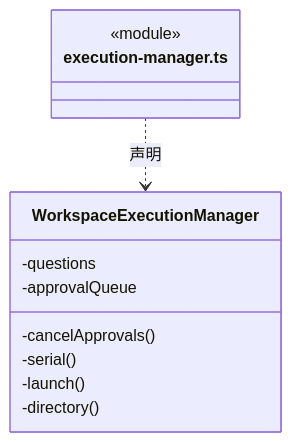
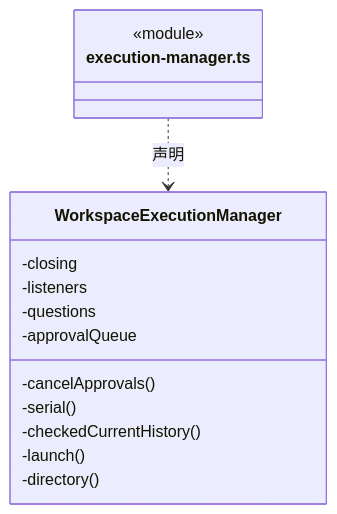
One commit to nan023062/cbim changed the tenth of 36 diagrams in src/backend/scheduler-engine/execution/ARCHITECTURE.md. Above: the diagram before and after it, drawn with Mermaid. The commit also changed other lines of this file and 65 other files, not shown here.

````diff
--- a/src/backend/scheduler-engine/execution/ARCHITECTURE.md
+++ b/src/backend/scheduler-engine/execution/ARCHITECTURE.md
@@ -305,15 +327,18 @@
 ```mermaid
 classDiagram
 class N_src_backend_scheduler_engine_execution_execution_manager_ts["execution-manager.ts"] {
   <<module>>
 }
 class N_src_backend_scheduler_engine_execution_execution_manager_ts_WorkspaceExecutionManager["WorkspaceExecutionManager"] {
+  -closing
+  -listeners
   -questions
   -approvalQueue
   -cancelApprovals()
   -serial()
+  -checkedCurrentHistory()
   -launch()
   -directory()
 }
 N_src_backend_scheduler_engine_execution_execution_manager_ts ..> N_src_backend_scheduler_engine_execution_execution_manager_ts_WorkspaceExecutionManager : 声明
 ```
````
